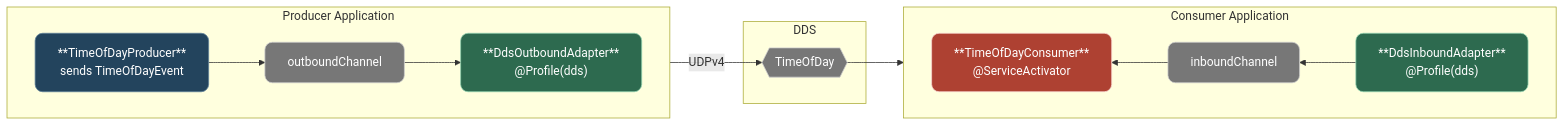
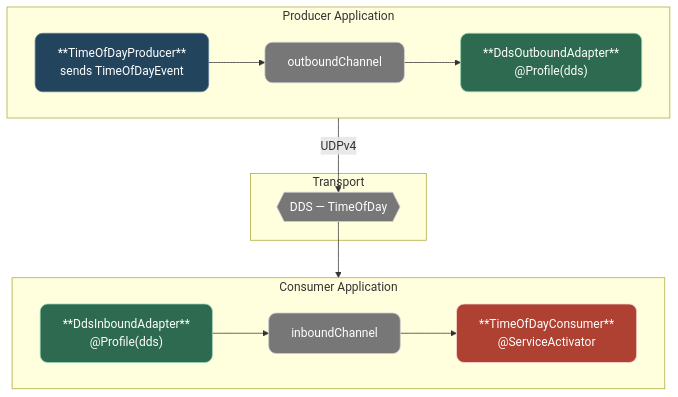
Before and after one commit to jefferyedwards/a-stultitia: the second of 4 diagrams in OVERVIEW.md, drawn with Mermaid. The commit also changed other lines of this file, not shown here.

Commit message:
Reformat Mermaid diagrams to top-down layout in OVERVIEW.md

````diff
--- a/OVERVIEW.md
+++ b/OVERVIEW.md
@@ -147,35 +147,35 @@
 ```mermaid
-flowchart LR
+flowchart TD
   classDef shade1 fill:#23445D,stroke:#5D7F99,rx:10,color:#FFFFFF
   classDef shade2 fill:#AE4132,stroke:#FAD9D5,rx:10,color:#FFFFFF
   classDef shade3 fill:#777777,stroke:#CCCCCC,rx:10,color:#FFFFFF
   classDef shade4 fill:#2D6A4F,stroke:#95D5B2,rx:10,color:#FFFFFF
 
   subgraph Producer Application
     direction LR
     PP["**TimeOfDayProducer**<br/>sends TimeOfDayEvent"]
     OC["outboundChannel"]
     OA["**DdsOutboundAdapter**<br/>@Profile(dds)"]
     PP --> OC --> OA
   end
 
-  subgraph DDS
-    Topic{{"TimeOfDay"}}
+  subgraph Transport
+    DDS{{"DDS — TimeOfDay"}}
   end
 
   subgraph Consumer Application
-    direction RL
+    direction LR
     IA["**DdsInboundAdapter**<br/>@Profile(dds)"]
     IC["inboundChannel"]
     CC["**TimeOfDayConsumer**<br/>@ServiceActivator"]
     IA --> IC --> CC
   end
 
-  OA -- "UDPv4" --> Topic --> IA
+  OA -- "UDPv4" --> DDS --> IA
 
   class PP shade1
   class CC shade2
-  class Topic shade3
+  class DDS shade3
   class OA,IA shade4
   class OC,IC shade3
 ```
````
